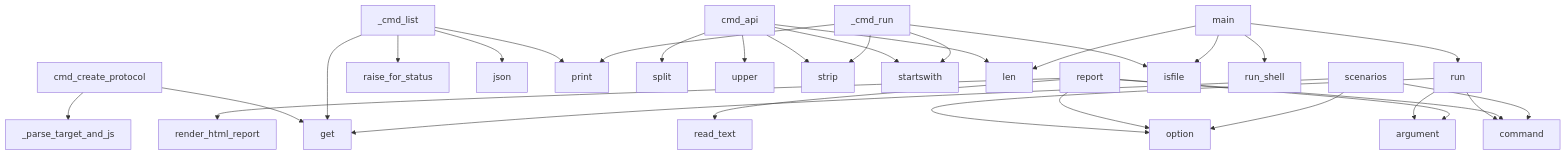
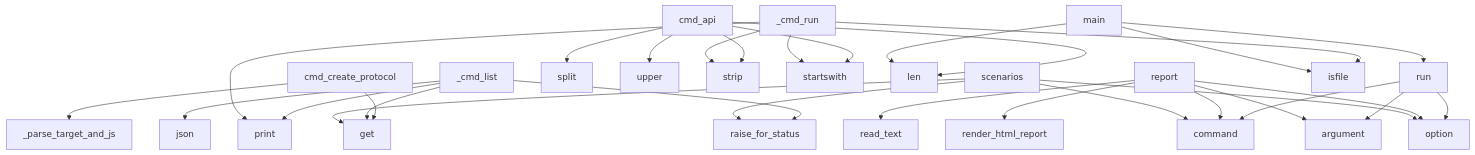
Before and after one commit to oqlos/oql: the diagram in project/context.md, drawn with Mermaid. The commit also changed other lines of this file and 5 other files, not shown here.

````diff
--- a/project/context.md
+++ b/project/context.md
@@ -375,33 +375,33 @@
 ```mermaid
 graph TD
     cmd_create_protocol --> _parse_target_and_js
     cmd_create_protocol --> get
     run --> command
     run --> argument
     run --> option
     _cmd_list --> get
     _cmd_list --> raise_for_status
     _cmd_list --> json
     _cmd_list --> print
     cmd_api --> split
     cmd_api --> upper
     cmd_api --> strip
     cmd_api --> startswith
     cmd_api --> len
     report --> command
     report --> argument
     report --> option
     report --> read_text
     report --> render_html_report
+    scenarios --> command
+    scenarios --> option
+    scenarios --> get
+    scenarios --> raise_for_status
     _cmd_run --> strip
     _cmd_run --> startswith
     _cmd_run --> isfile
     _cmd_run --> print
     main --> len
     main --> run
     main --> isfile
-    main --> run_shell
-    scenarios --> command
-    scenarios --> option
-    scenarios --> get
 ```
````
